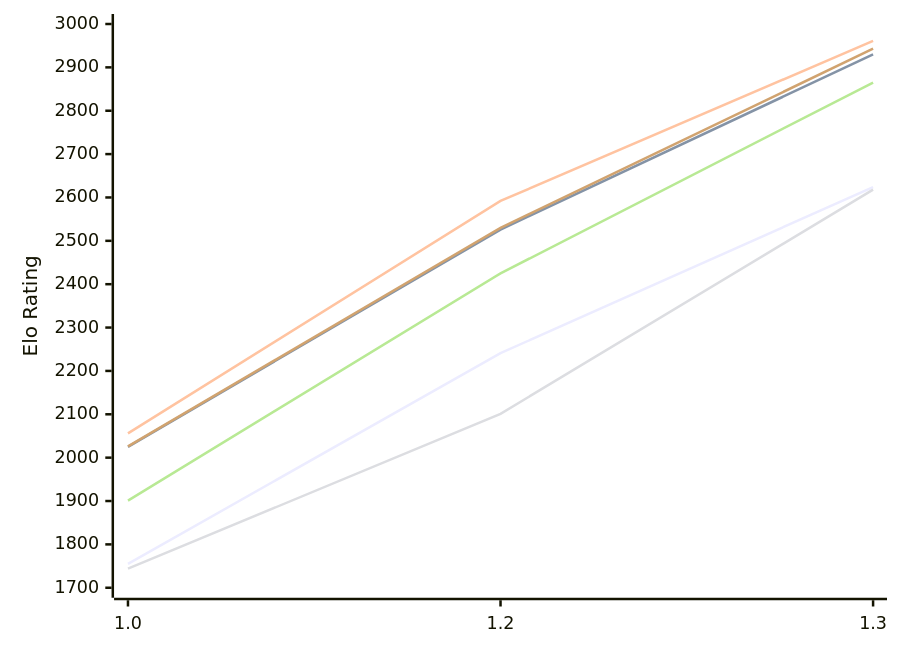
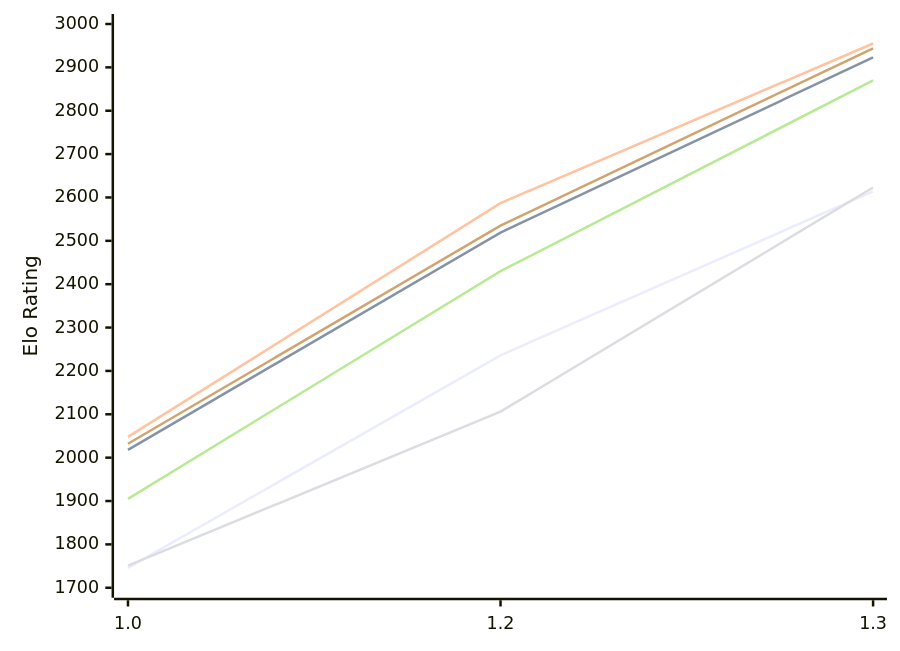
One commit to computer-chess-index/cci changed the first of 2 diagrams in engines/Echekinator.md. Above: the diagram before and after it, drawn with Mermaid. The commit also changed other lines of this file, not shown here.

Commit message:
Update CCI Ratings (ELO VLTC) - 2026-11-18

````diff
--- a/engines/Echekinator.md
+++ b/engines/Echekinator.md
@@ -52,12 +52,12 @@
 ```mermaid
 %%{init: {"theme":"base","themeVariables":{"seriesColors:['#a3a3a3','#222221','#faa371']}}}%%
 xychart-beta
   x-axis ["1.0", "1.2", "1.3"]
   y-axis "Elo Rating" 1700 --> 3000
-  line "E1: STC (8.0+0.08s)" [1755, 2241, 2624]
-  line "E1: LTC (60.0+0.60s)" [2025, 2526, 2930]
-  line "E1: VLTC (2m24s+1.12s)" [2056, 2592, 2961]
-  line "P1: STC (8.0+0.08s)" [1744, 2101, 2618]
-  line "P1: LTC (60.0+0.60s)" [1901, 2425, 2865]
-  line "P1: VLTC (2m24s+1.12s)" [2026, 2530, 2943]
+  line "E1: STC (8.0+0.08s)" [1746, 2236, 2614]
+  line "E1: LTC (60.0+0.60s)" [2018, 2519, 2923]
+  line "E1: VLTC (2m24s+1.12s)" [2048, 2587, 2955]
+  line "P1: STC (8.0+0.08s)" [1751, 2106, 2623]
+  line "P1: LTC (60.0+0.60s)" [1905, 2430, 2870]
+  line "P1: VLTC (2m24s+1.12s)" [2032, 2535, 2944]
 ```
````
